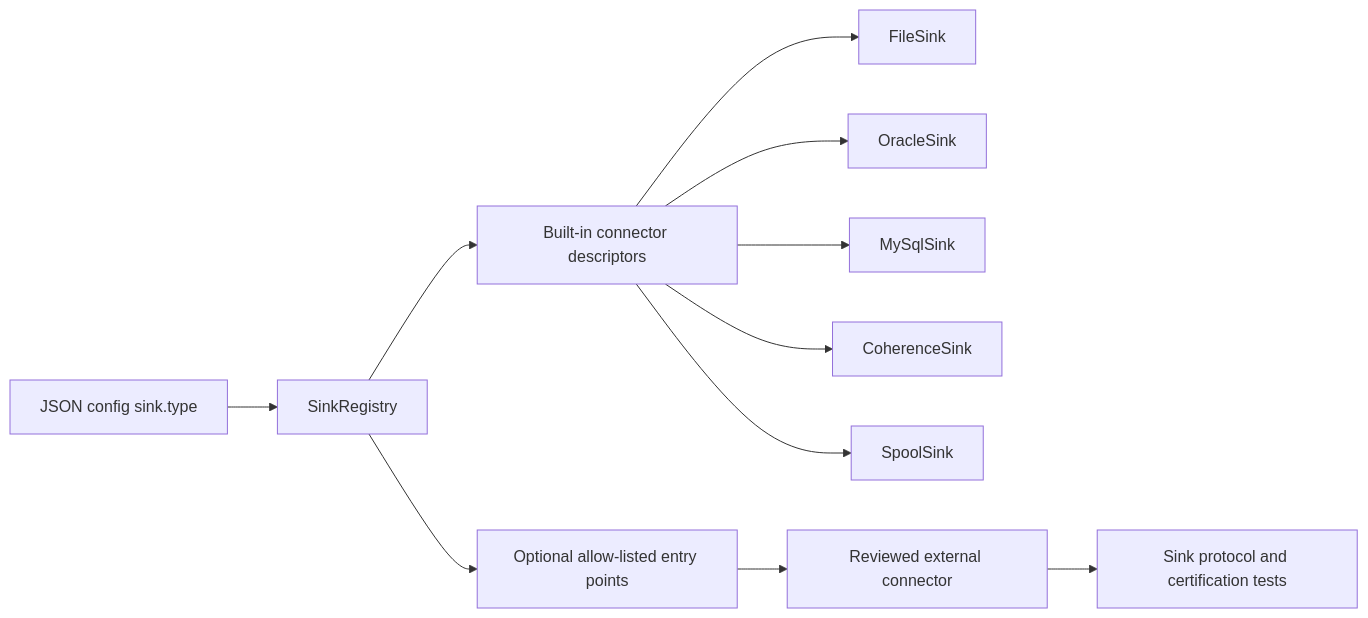
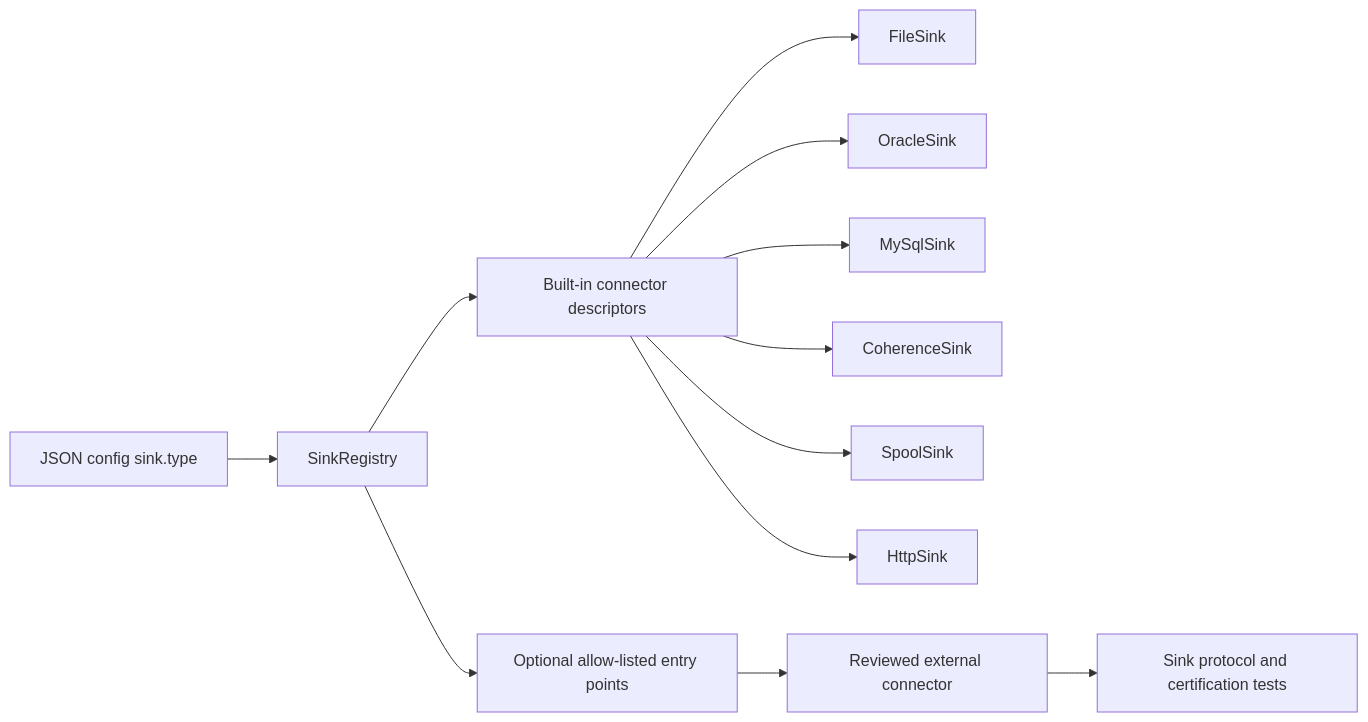
The seventh of 7 diagrams in docs/sink-framework.md (ProjectCuillin/nats-sinks), drawn with Mermaid before and after one commit. The commit also changed other lines of this file and 23 other files, not shown here.

Commit message:
Add first-party HTTP sink

````diff
--- a/docs/sink-framework.md
+++ b/docs/sink-framework.md
@@ -394,13 +394,14 @@
 ```mermaid
 flowchart LR
     Config[JSON config sink.type] --> Registry[SinkRegistry]
     Registry --> BuiltIn[Built-in connector descriptors]
     Registry --> Optional[Optional allow-listed entry points]
     BuiltIn --> File[FileSink]
     BuiltIn --> Oracle[OracleSink]
     BuiltIn --> MySQL[MySqlSink]
     BuiltIn --> Coherence[CoherenceSink]
     BuiltIn --> Spool[SpoolSink]
+    BuiltIn --> HTTP[HttpSink]
     Optional --> ThirdParty[Reviewed external connector]
     ThirdParty --> Contract[Sink protocol and certification tests]
 ```
````
